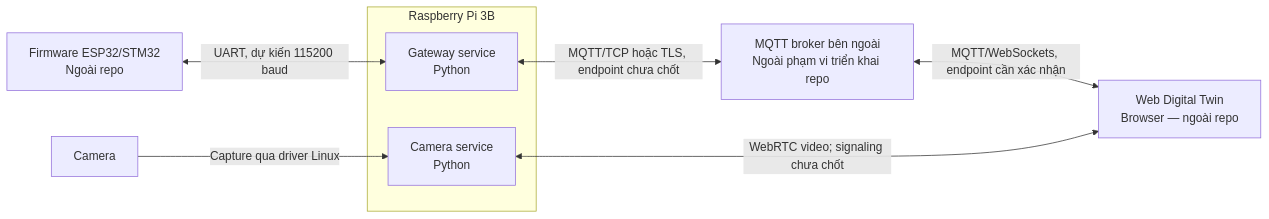
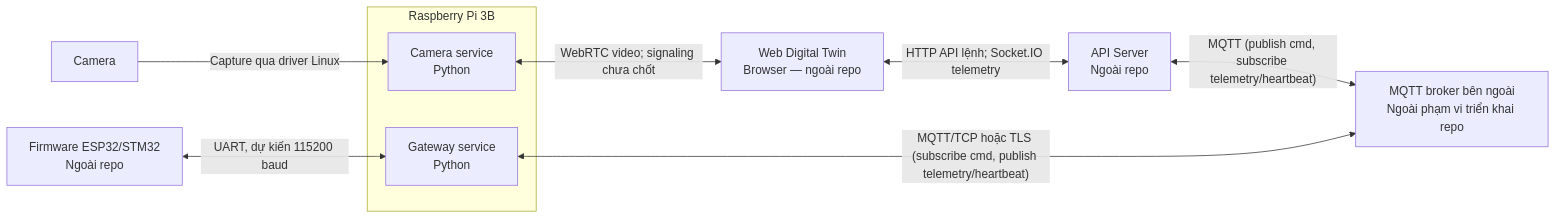
One commit to dugati201-glitch/digital_twin changed the diagram in docs/02-containers.md. Above: the diagram before and after it, drawn with Mermaid. The commit also changed other lines of this file and 15 other files, not shown here.

````diff
--- a/docs/02-containers.md
+++ b/docs/02-containers.md
@@ -5,20 +5,23 @@
 ```mermaid
 flowchart LR
     web["Web Digital Twin
 Browser — ngoài repo"]
+    api["API Server
+Ngoài repo"]
     mcu["Firmware ESP32/STM32
 Ngoài repo"]
     cam["Camera"]
     subgraph pi["Raspberry Pi 3B"]
         gateway["Gateway service
 Python"]
         video["Camera service
 Python"]
     end
     broker["MQTT broker bên ngoài<br/>Ngoài phạm vi triển khai repo"]
+    web <-->|"HTTP API lệnh; Socket.IO telemetry"| api
+    api <-->|"MQTT (publish cmd, subscribe telemetry/heartbeat)"| broker
     mcu <-->|"UART, dự kiến 115200 baud"| gateway
-    gateway <-->|"MQTT/TCP hoặc TLS, endpoint chưa chốt"| broker
-    broker <-->|"MQTT/WebSockets, endpoint cần xác nhận"| web
+    gateway <-->|"MQTT/TCP hoặc TLS (subscribe cmd, publish telemetry/heartbeat)"| broker
     cam -->|"Capture qua driver Linux"| video
     video <-->|"WebRTC video; signaling chưa chốt"| web
 ```
````
